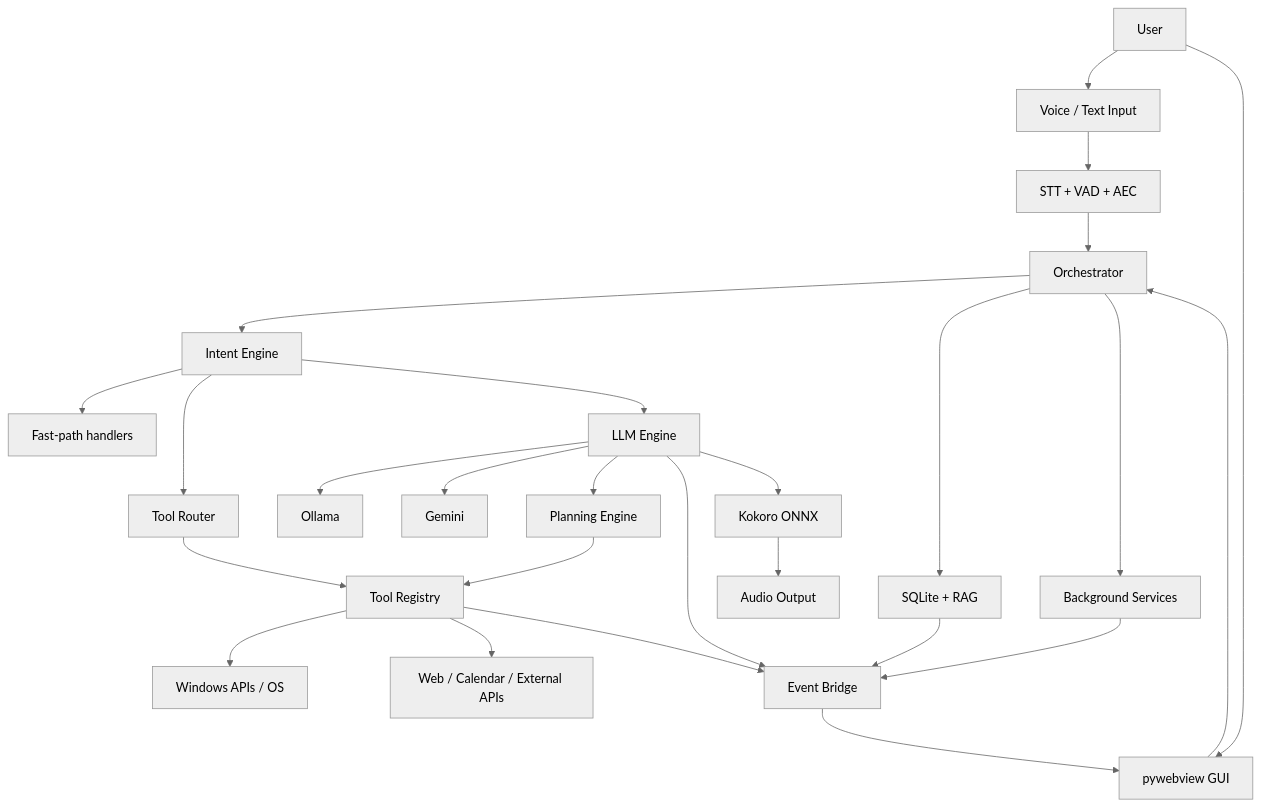
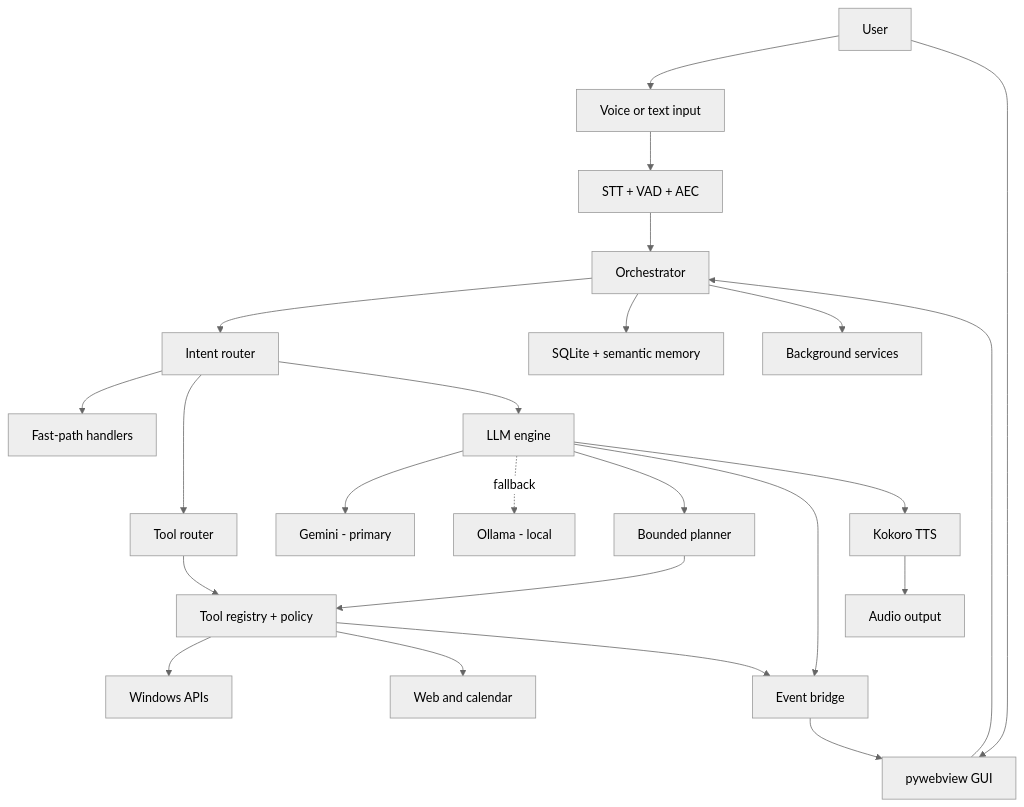
One commit to manvendrasingh0712/SARA-AI-Automation-Powered-Personal-Desktop-Assistant-voice-command- changed the second of 2 diagrams in README.md. Above: the diagram before and after it, drawn with Mermaid (neutral theme). The commit also changed other lines of this file and 22 other files, not shown here.

````diff
--- a/README.md
+++ b/README.md
@@ -187,32 +223,30 @@
 ```mermaid
 graph TD
-    U[User] --> V[Voice / Text Input]
+    U[User] --> V[Voice or text input]
     V --> STT[STT + VAD + AEC]
     STT --> ORCH[Orchestrator]
     U --> GUI[pywebview GUI]
     GUI --> ORCH
 
-    ORCH --> INTENT[Intent Engine]
+    ORCH --> INTENT[Intent router]
     INTENT --> FAST[Fast-path handlers]
-    INTENT --> ROUTER[Tool Router]
-    INTENT --> LLM[LLM Engine]
+    INTENT --> ROUTER[Tool router]
+    INTENT --> LLM[LLM engine]
 
-    LLM --> OLLAMA[Ollama]
-    LLM --> GEMINI[Gemini]
-    ROUTER --> TOOLS[Tool Registry]
-    LLM --> PLAN[Planning Engine]
+    LLM --> GEMINI[Gemini - primary]
+    LLM -.->|fallback| OLLAMA[Ollama - local]
+    ROUTER --> TOOLS[Tool registry + policy]
+    LLM --> PLAN[Bounded planner]
     PLAN --> TOOLS
 
-    ORCH --> MEMORY[SQLite + RAG]
-    ORCH --> BG[Background Services]
-    TOOLS --> WIN[Windows APIs / OS]
-    TOOLS --> WEB[Web / Calendar / External APIs]
+    ORCH --> MEMORY[SQLite + semantic memory]
+    ORCH --> BG[Background services]
+    TOOLS --> WIN[Windows APIs]
+    TOOLS --> WEB[Web and calendar]
 
-    TOOLS --> EVENTS[Event Bridge]
+    TOOLS --> EVENTS[Event bridge]
     LLM --> EVENTS
-    MEMORY --> EVENTS
-    BG --> EVENTS
     EVENTS --> GUI
-    LLM --> TTS[Kokoro ONNX]
-    TTS --> OUT[Audio Output]
+    LLM --> TTS[Kokoro TTS]
+    TTS --> OUT[Audio output]
 ```
````
